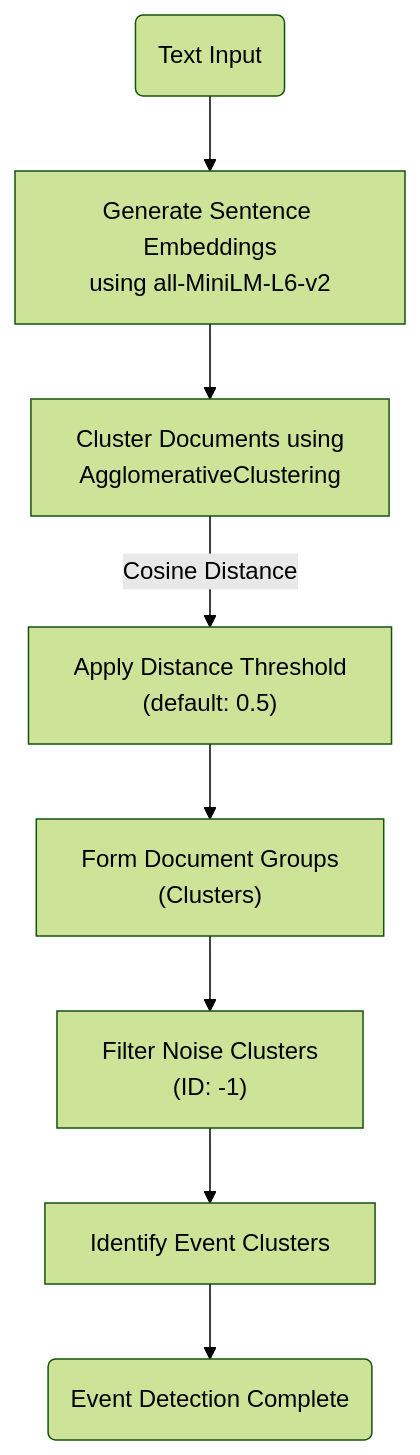
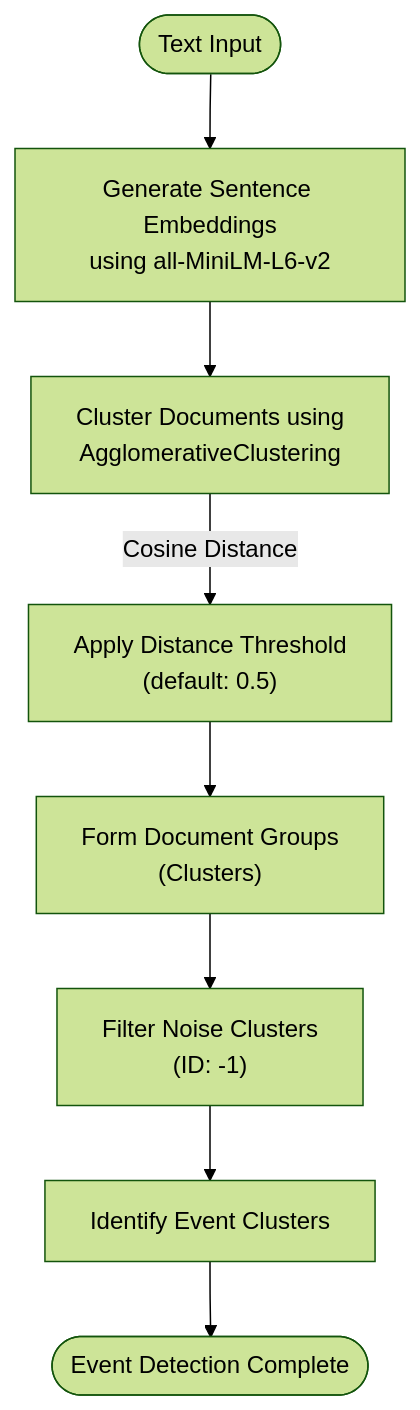
Before and after one commit to Likhithsai2580/RAVANA-WIKI: the second of 5 diagrams in docs/Specialized Modules/Event Detection.md, drawn with Mermaid (forest theme). The commit also changed other lines of this file and 78 other files, not shown here.

````diff
--- a/docs/Specialized Modules/Event Detection.md
+++ b/docs/Specialized Modules/Event Detection.md
@@ -71,11 +70,10 @@
 ```mermaid
 flowchart TD
-Start("Text Input") --> Embedding["Generate Sentence Embeddings<br/>using all-MiniLM-L6-v2"]
+Start([Text Input]) --> Embedding["Generate Sentence Embeddings<br/>using all-MiniLM-L6-v2"]
 Embedding --> Clustering["Cluster Documents using<br/>AgglomerativeClustering"]
 Clustering --> |Cosine Distance| Threshold["Apply Distance Threshold<br/>(default: 0.5)"]
 Threshold --> Groups["Form Document Groups<br/>(Clusters)"]
 Groups --> Filter["Filter Noise Clusters<br/>(ID: -1)"]
 Filter --> Output["Identify Event Clusters"]
-Output --> End("Event Detection Complete")
-
+Output --> End([Event Detection Complete])
 ```
````
